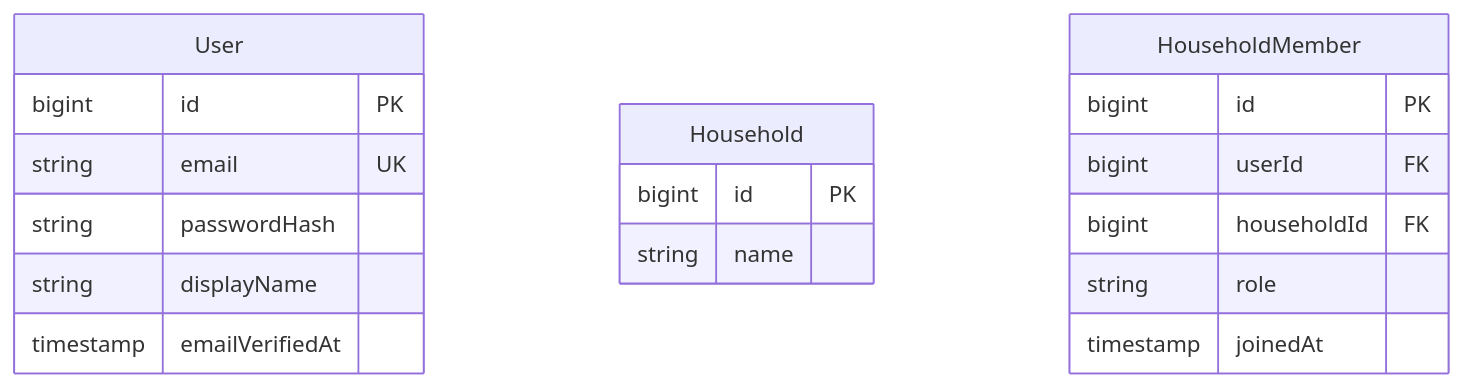
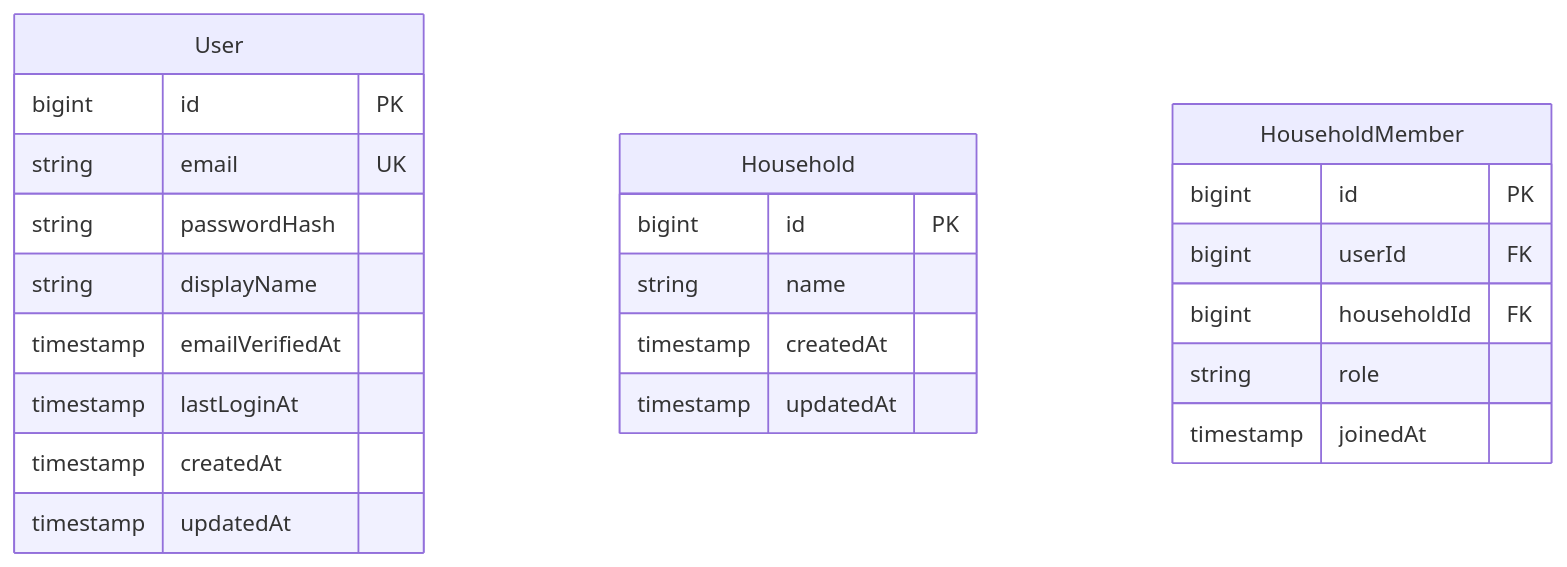
One commit to wukdddang/home-inventory-manager changed the second of 7 diagrams in backend/docs/entity-logical-design.md. Above: the diagram before and after it, drawn with Mermaid. The commit also changed other lines of this file and 3 other files, not shown here.

````diff
--- a/backend/docs/entity-logical-design.md
+++ b/backend/docs/entity-logical-design.md
@@ -62,21 +66,26 @@
 ```mermaid
 erDiagram
     User {
         bigint id PK
         string email UK
         string passwordHash
         string displayName
         timestamp emailVerifiedAt
+        timestamp lastLoginAt
+        timestamp createdAt
+        timestamp updatedAt
     }
     Household {
         bigint id PK
         string name
+        timestamp createdAt
+        timestamp updatedAt
     }
     HouseholdMember {
         bigint id PK
         bigint userId FK
         bigint householdId FK
         string role
         timestamp joinedAt
     }
 ```
````
